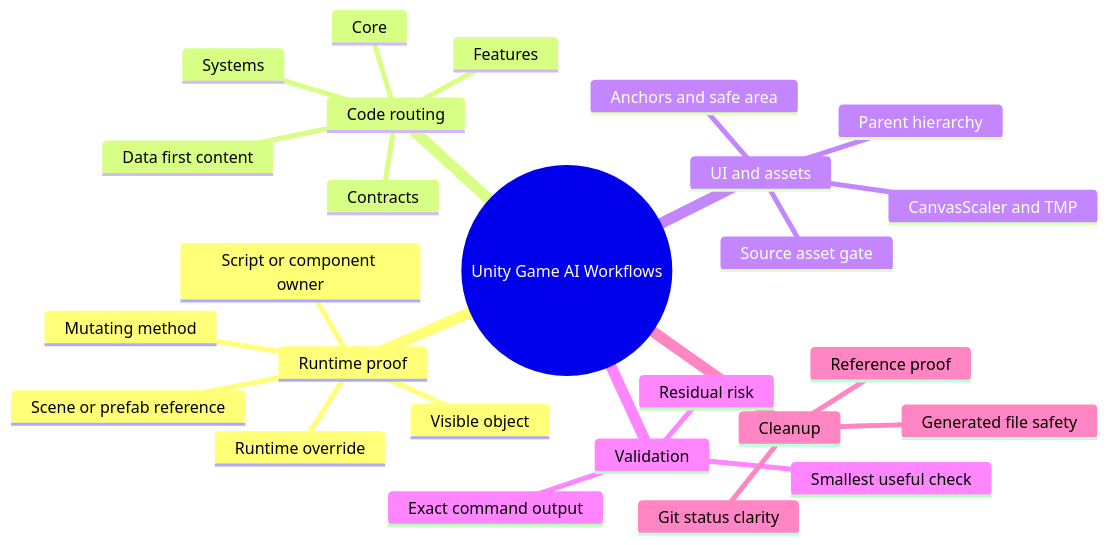
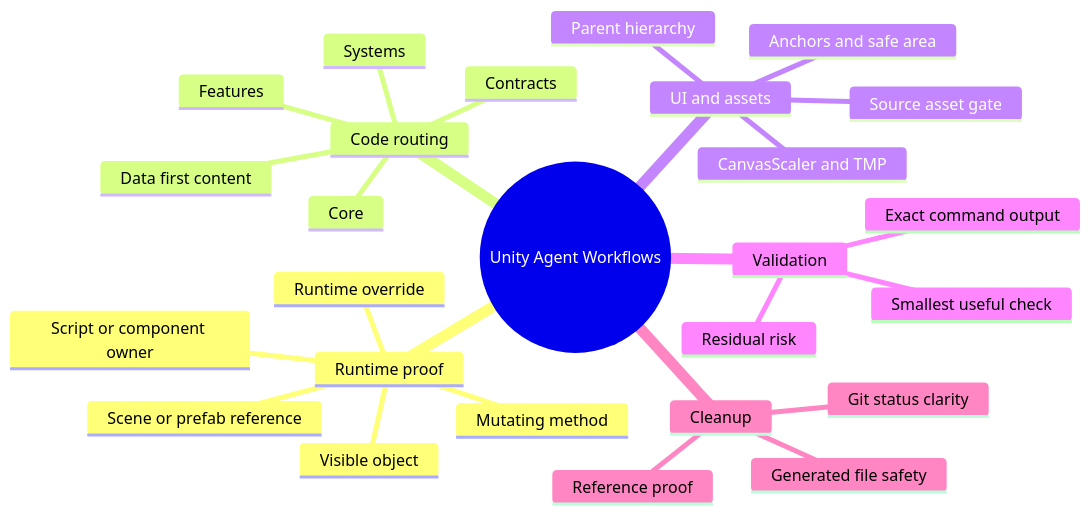
One commit to AUN-PN/unity-agent-workflows changed the first of 2 diagrams in README.md. Above: the diagram before and after it, drawn with Mermaid. The commit also changed other lines of this file and 5 other files, not shown here.

Commit message:
Rename skill to unity-agent-workflows

````diff
--- a/README.md
+++ b/README.md
@@ -40,29 +40,29 @@
 ```mermaid
 mindmap
-  root((Unity Game AI Workflows))
+  root((Unity Agent Workflows))
     Runtime proof
       Visible object
       Scene or prefab reference
       Script or component owner
       Mutating method
       Runtime override
     Code routing
       Core
       Contracts
       Systems
       Features
       Data first content
     UI and assets
       Parent hierarchy
       Anchors and safe area
       CanvasScaler and TMP
       Source asset gate
     Validation
       Smallest useful check
       Exact command output
       Residual risk
     Cleanup
       Reference proof
       Generated file safety
       Git status clarity
 ```
````
